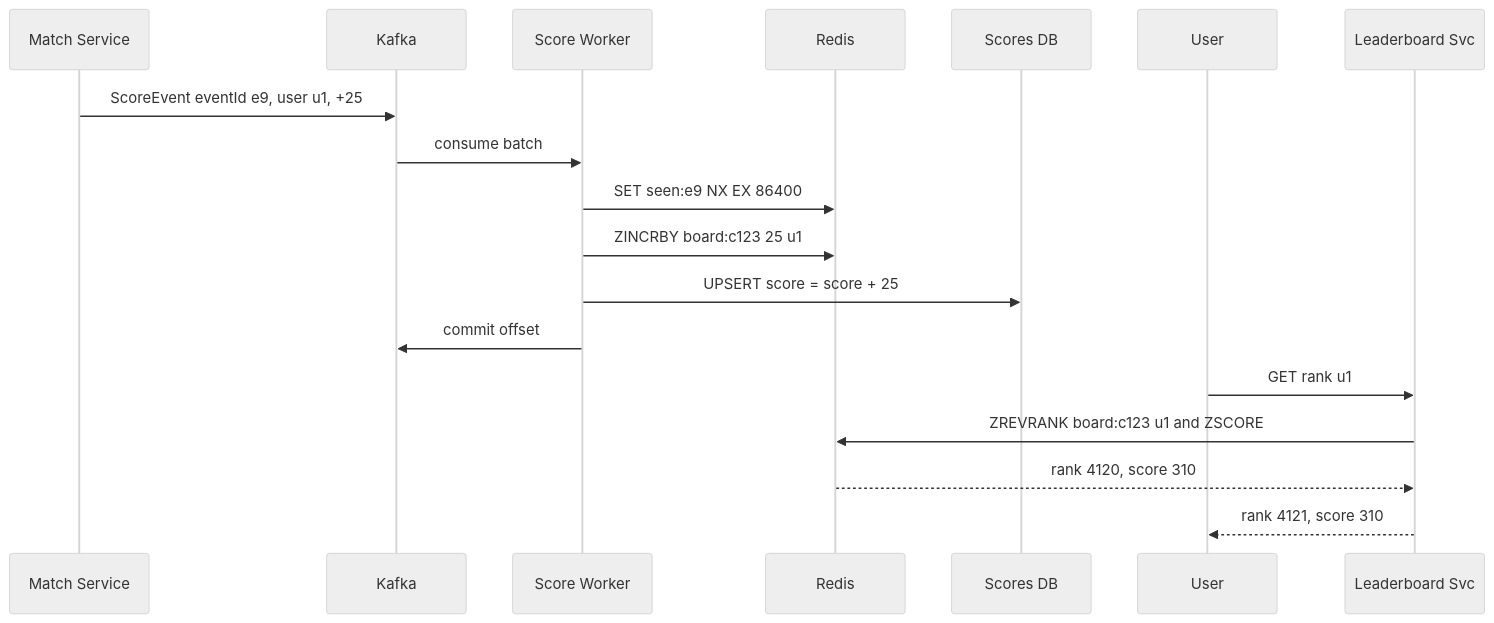
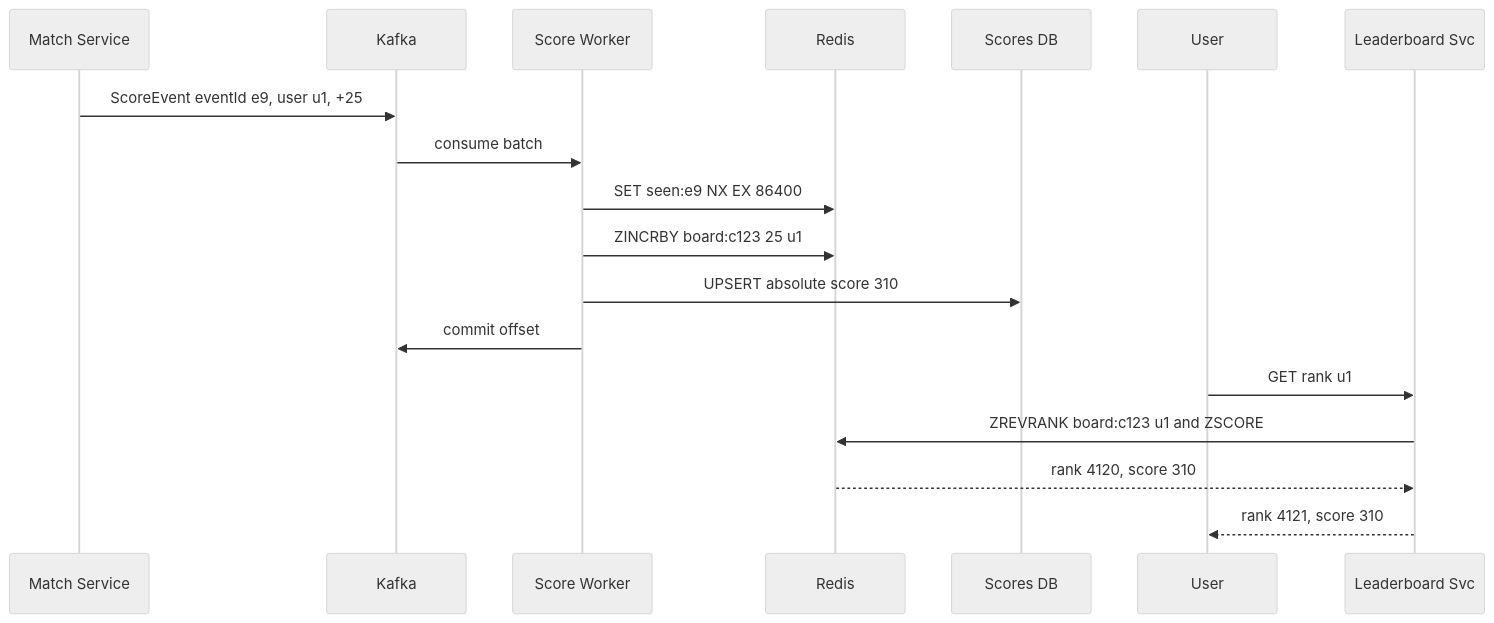
Before and after one commit to flow6979/system-design-prep: the second of 2 diagrams in content-en/02-questions/t2-16-leaderboard.md, drawn with Mermaid (neutral theme). The commit also changed other lines of this file and 61 other files, not shown here.

````diff
--- a/content-en/02-questions/t2-16-leaderboard.md
+++ b/content-en/02-questions/t2-16-leaderboard.md
@@ -94,20 +102,20 @@
 ```mermaid
 sequenceDiagram
   participant GS as Match Service
   participant K as Kafka
   participant W as Score Worker
   participant R as Redis
   participant DB as Scores DB
   participant U as User
   participant L as Leaderboard Svc
   GS->>K: ScoreEvent eventId e9, user u1, +25
   K->>W: consume batch
   W->>R: SET seen:e9 NX EX 86400
   W->>R: ZINCRBY board:c123 25 u1
-  W->>DB: UPSERT score = score + 25
+  W->>DB: UPSERT absolute score 310
   W->>K: commit offset
   U->>L: GET rank u1
   L->>R: ZREVRANK board:c123 u1 and ZSCORE
   R-->>L: rank 4120, score 310
   L-->>U: rank 4121, score 310
 ```
````
